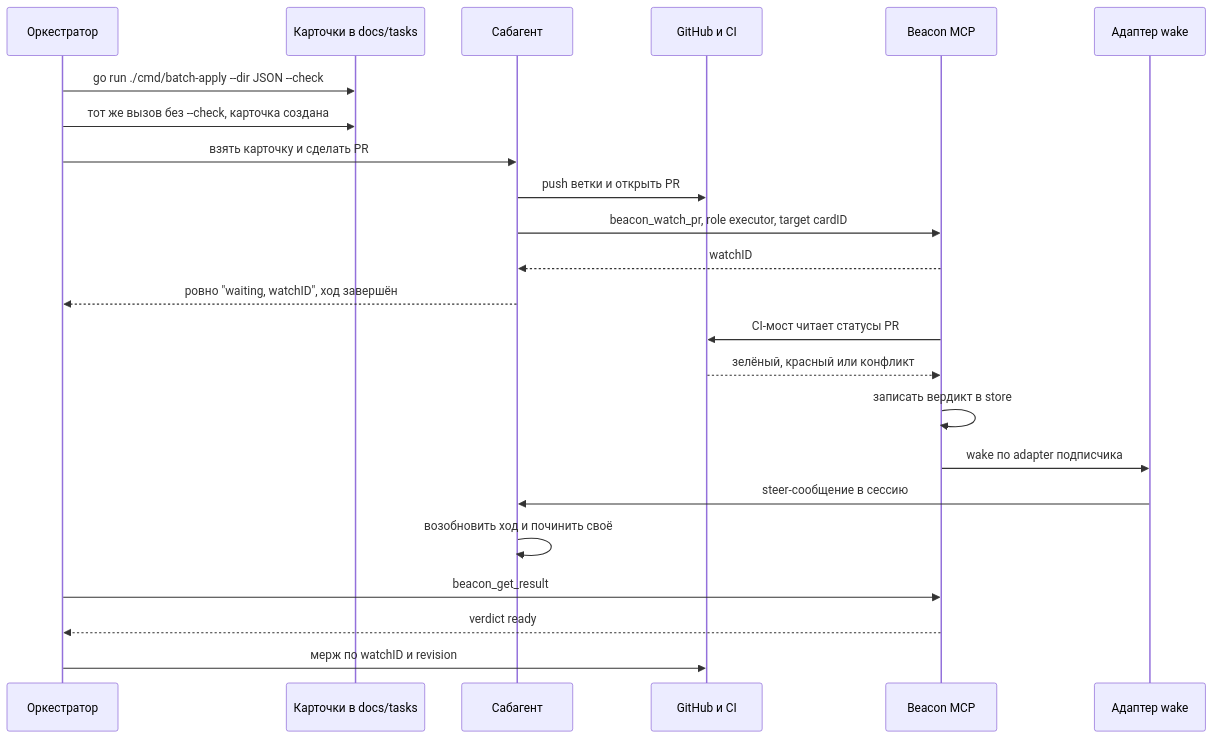
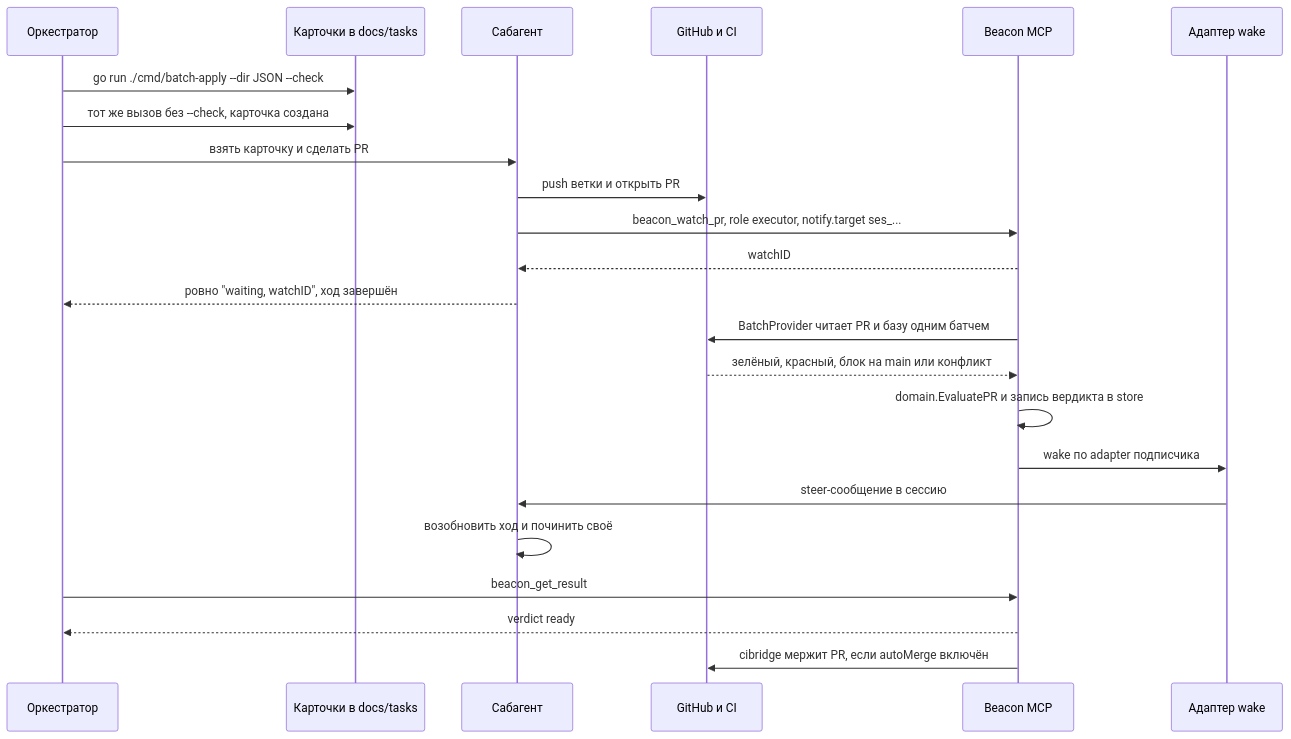
One commit to refusedguy/beacon changed the second of 3 diagrams in README.md. Above: the diagram before and after it, drawn with Mermaid. The commit also changed other lines of this file and 1 other file, not shown here.

Commit message:
docs: актуализировать README и GLOSSARY под код main после Voln 1-8

````diff
--- a/README.md
+++ b/README.md
@@ -56,26 +93,26 @@
 ```mermaid
 sequenceDiagram
     participant O as Оркестратор
     participant C as Карточки в docs/tasks
     participant A as Сабагент
     participant G as GitHub и CI
     participant B as Beacon MCP
     participant W as Адаптер wake
 
     O->>C: go run ./cmd/batch-apply --dir JSON --check
     O->>C: тот же вызов без --check, карточка создана
     O->>A: взять карточку и сделать PR
     A->>G: push ветки и открыть PR
-    A->>B: beacon_watch_pr, role executor, target cardID
+    A->>B: beacon_watch_pr, role executor, notify.target ses_...
     B-->>A: watchID
     A-->>O: ровно "waiting, watchID", ход завершён
-    B->>G: CI-мост читает статусы PR
-    G-->>B: зелёный, красный или конфликт
-    B->>B: записать вердикт в store
+    B->>G: BatchProvider читает PR и базу одним батчем
+    G-->>B: зелёный, красный, блок на main или конфликт
+    B->>B: domain.EvaluatePR и запись вердикта в store
     B->>W: wake по adapter подписчика
     W->>A: steer-сообщение в сессию
     A->>A: возобновить ход и починить своё
     O->>B: beacon_get_result
     B-->>O: verdict ready
-    O->>G: мерж по watchID и revision
+    B->>G: cibridge мержит PR, если autoMerge включён
 ```
````
